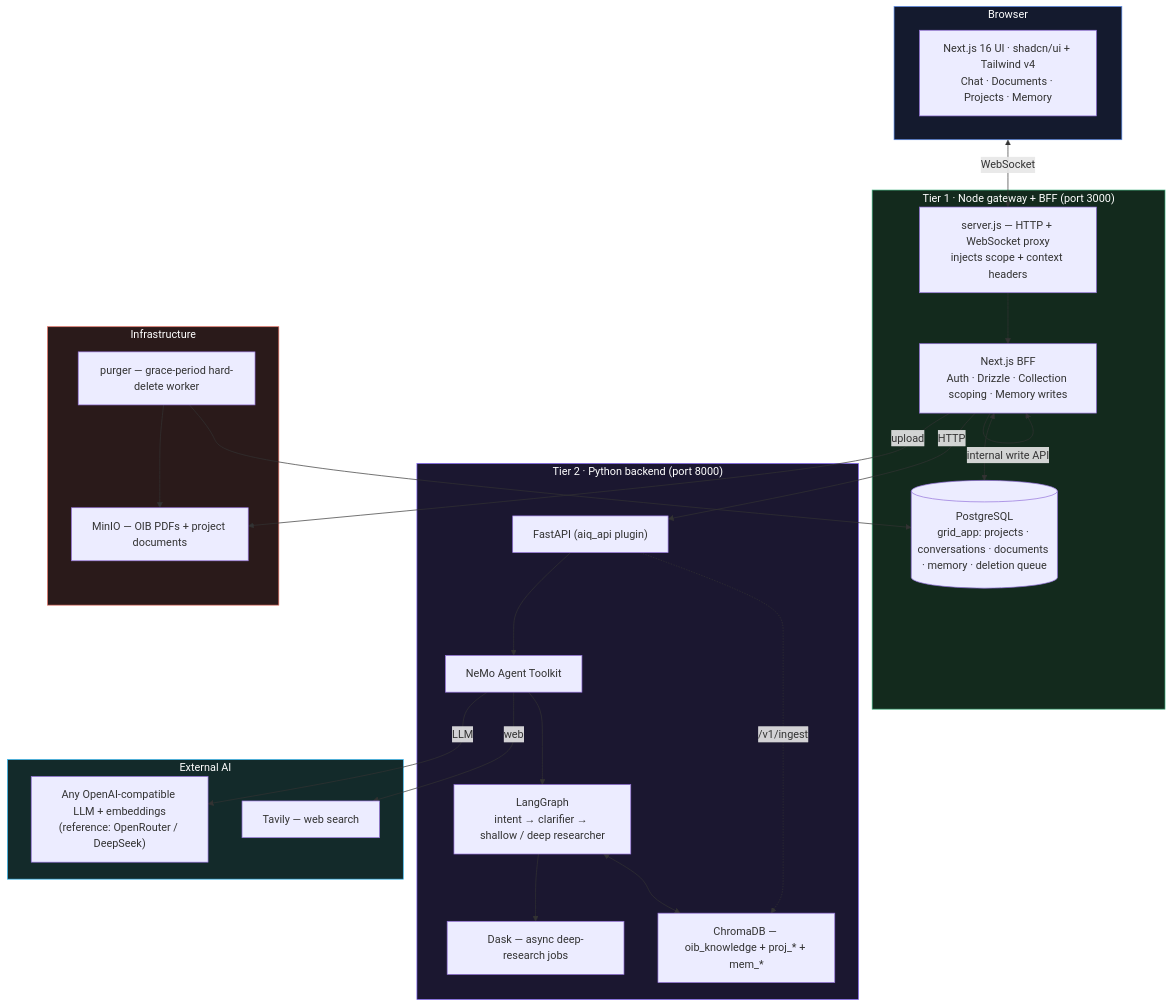
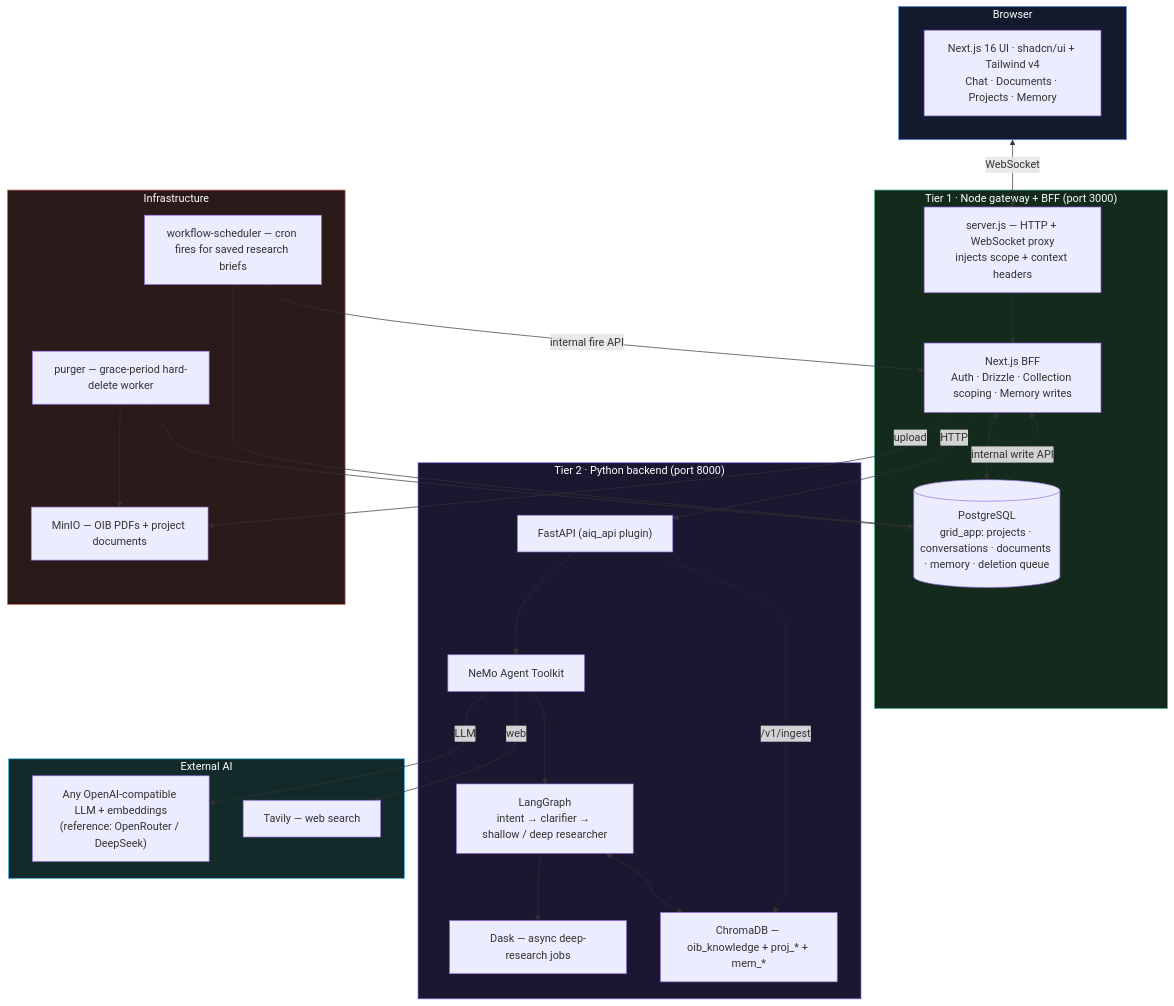
Before and after one commit to GRID-check/grid-oib-agent: the diagram in README.md, drawn with Mermaid. The commit also changed other lines of this file and 74 other files, not shown here.

````diff
--- a/README.md
+++ b/README.md
@@ -46,50 +46,53 @@
 ```mermaid
 flowchart TB
     subgraph Browser["Browser"]
         UI["Next.js 16 UI · shadcn/ui + Tailwind v4<br/>Chat · Documents · Projects · Memory"]
     end
 
     subgraph Gateway["Tier 1 · Node gateway + BFF (port 3000)"]
         GW["server.js — HTTP + WebSocket proxy<br/>injects scope + context headers"]
         BFF["Next.js BFF<br/>Auth · Drizzle · Collection scoping · Memory writes"]
         DB[(PostgreSQL<br/>grid_app: projects · conversations · documents · memory · deletion queue)]
     end
 
     subgraph Backend["Tier 2 · Python backend (port 8000)"]
         FAST["FastAPI (aiq_api plugin)"]
         NAT["NeMo Agent Toolkit"]
         LG["LangGraph<br/>intent → clarifier → shallow / deep researcher"]
         DASK["Dask — async deep-research jobs"]
         CHROMA["ChromaDB — oib_knowledge + proj_* + mem_*"]
     end
 
     subgraph Storage["Infrastructure"]
         MINIO["MinIO — OIB PDFs + project documents"]
         PURGER["purger — grace-period hard-delete worker"]
+        WFS["workflow-scheduler — cron fires for saved research briefs"]
     end
 
     subgraph External["External AI"]
         OR["Any OpenAI-compatible LLM + embeddings<br/>(reference: OpenRouter / DeepSeek)"]
         TAVILY["Tavily — web search"]
     end
 
     Browser <-->|WebSocket| GW
     GW --> BFF
     BFF <--> DB
     BFF -->|HTTP| FAST
     BFF -->|internal write API| BFF
     FAST --> NAT --> LG --> DASK
     LG <--> CHROMA
     BFF -->|upload| MINIO
     FAST -.->|/v1/ingest| CHROMA
     PURGER --> DB
     PURGER --> MINIO
+    WFS --> DB
+    WFS -->|internal fire API| BFF
     NAT -->|LLM| OR
     NAT -->|web| TAVILY
 
     style Browser fill:#141a2e,stroke:#5b8def,color:#fff
     style Gateway fill:#132a1d,stroke:#3fb27f,color:#fff
     style Backend fill:#1b1730,stroke:#8a6cff,color:#fff
     style Storage fill:#2a1a1a,stroke:#e0685b,color:#fff
     style External fill:#132a2a,stroke:#38bdf8,color:#fff
 ```
````
